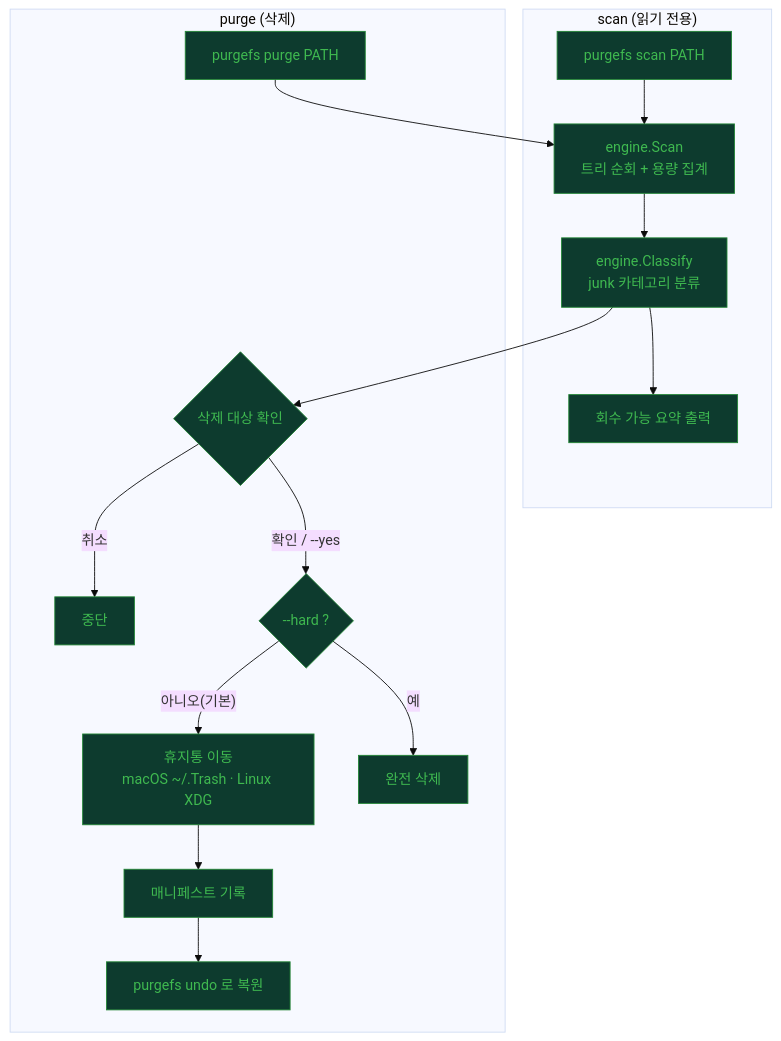
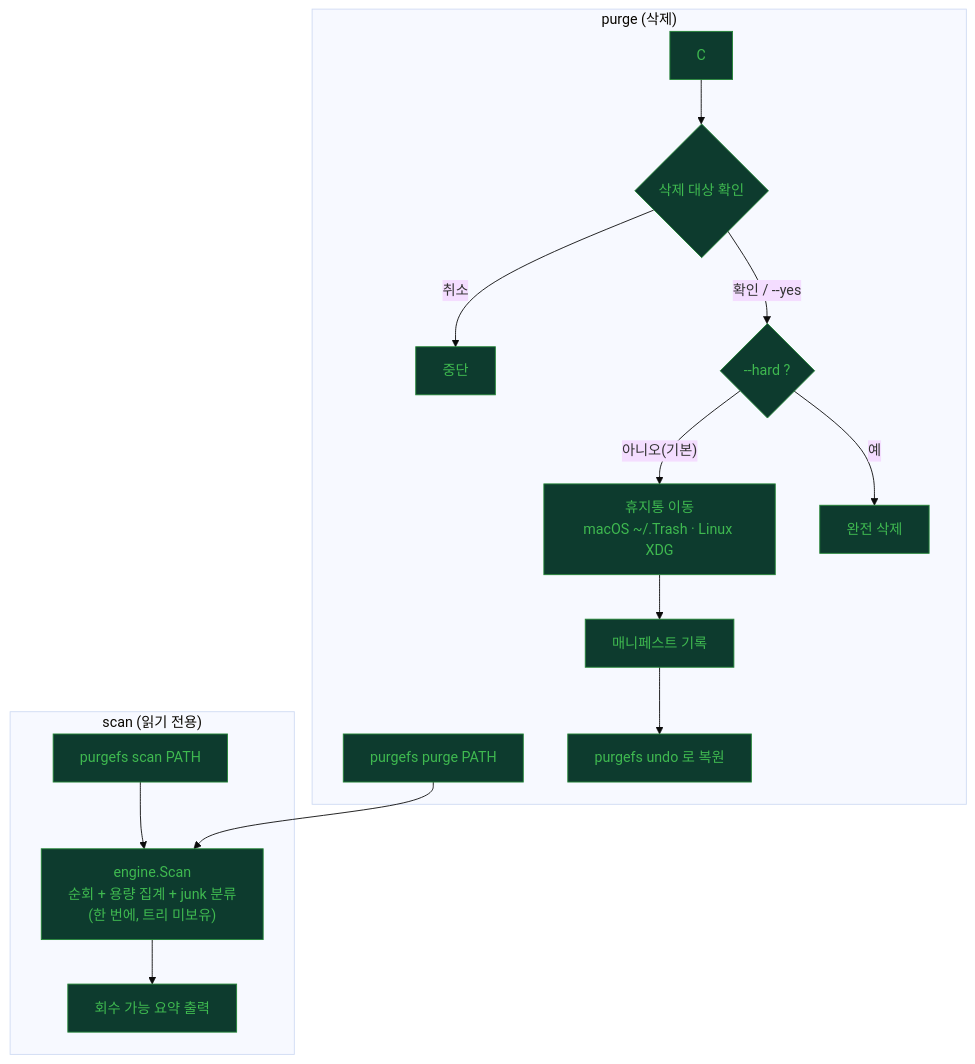
The second of 3 diagrams in README.md (seeminglyjs/PurgeFs), drawn with Mermaid (base theme) before and after one commit. The commit also changed other lines of this file and 12 other files, not shown here.

````diff
--- a/README.md
+++ b/README.md
@@ -28,22 +28,21 @@
 ```mermaid
 flowchart TD
     subgraph SCAN["scan (읽기 전용)"]
-        A["purgefs scan PATH"] --> B["engine.Scan<br/>트리 순회 + 용량 집계"]
-        B --> C["engine.Classify<br/>junk 카테고리 분류"]
-        C --> D["회수 가능 요약 출력"]
+        A["purgefs scan PATH"] --> B["engine.Scan<br/>순회 + 용량 집계 + junk 분류<br/>(한 번에, 트리 미보유)"]
+        B --> D["회수 가능 요약 출력"]
     end
 
     subgraph PURGE["purge (삭제)"]
         E["purgefs purge PATH"] --> B
         C --> F{"삭제 대상 확인"}
         F -- "취소" --> X["중단"]
         F -- "확인 / --yes" --> G{"--hard ?"}
         G -- "아니오(기본)" --> H["휴지통 이동<br/>macOS ~/.Trash · Linux XDG"]
         G -- "예" --> I["완전 삭제"]
         H --> J["매니페스트 기록"]
         J --> K["purgefs undo 로 복원"]
     end
 
     classDef done fill:#0d3b2e,color:#3fb950,stroke:#238636
     class A,B,C,D,E,F,G,H,I,J,K,X done
 ```
````
